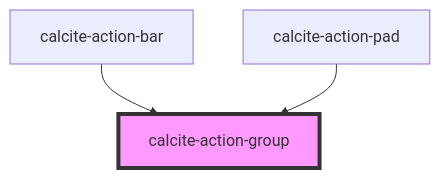
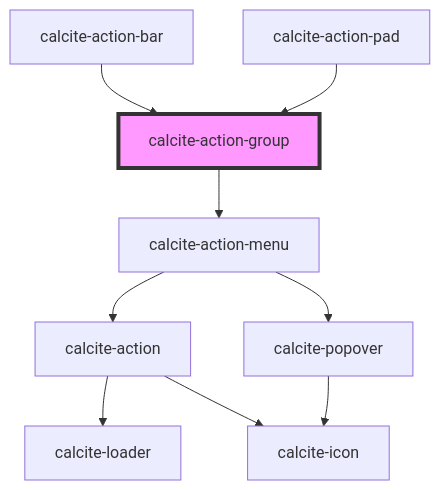
The diagram in src/components/calcite-action-group/readme.md (vikivakarvc/calcite-design-system), drawn with Mermaid before and after one commit. The commit also changed other lines of this file and 60 other files, not shown here.

````diff
--- a/src/components/calcite-action-group/readme.md
+++ b/src/components/calcite-action-group/readme.md
@@ -16,6 +35,12 @@
 ```mermaid
 graph TD;
+  calcite-action-group --> calcite-action-menu
+  calcite-action-menu --> calcite-action
+  calcite-action-menu --> calcite-popover
+  calcite-action --> calcite-loader
+  calcite-action --> calcite-icon
+  calcite-popover --> calcite-icon
   calcite-action-bar --> calcite-action-group
   calcite-action-pad --> calcite-action-group
   style calcite-action-group fill:#f9f,stroke:#333,stroke-width:4px
 ```
````
